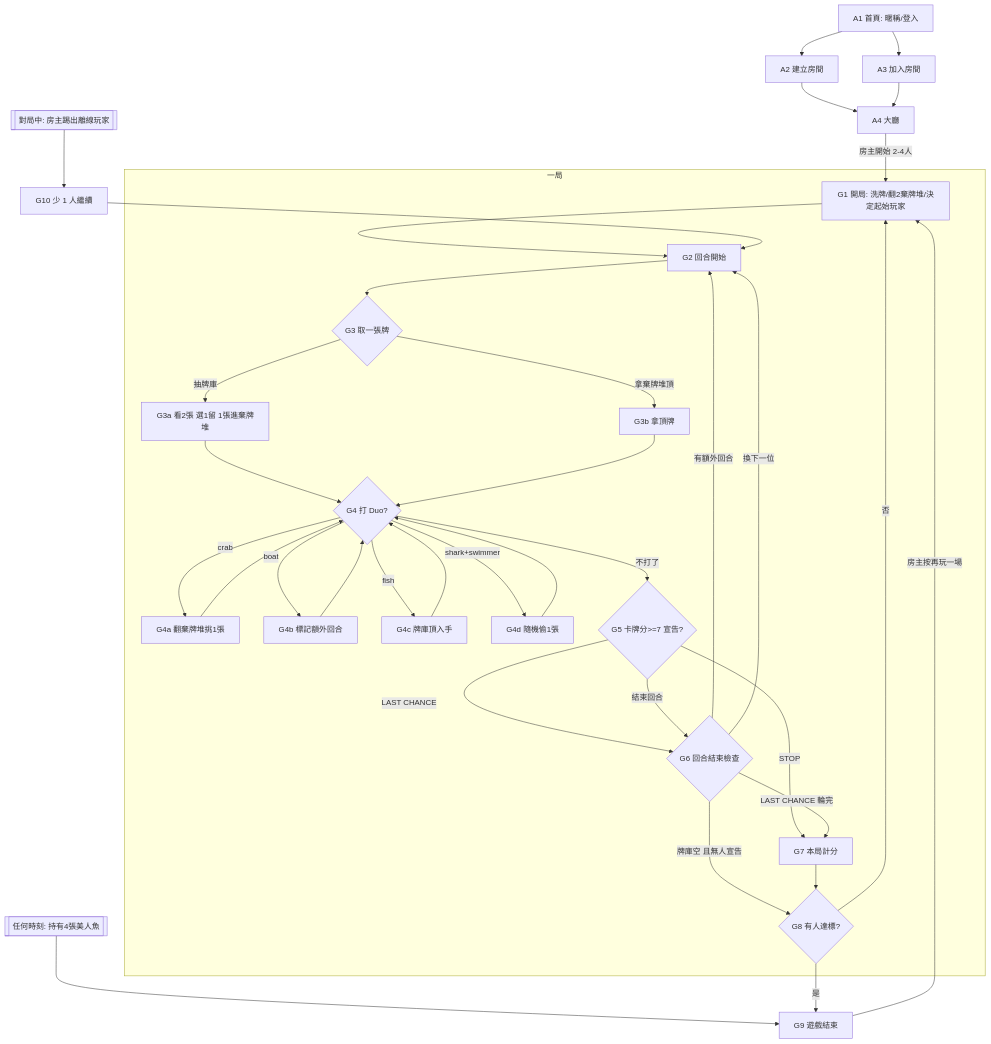
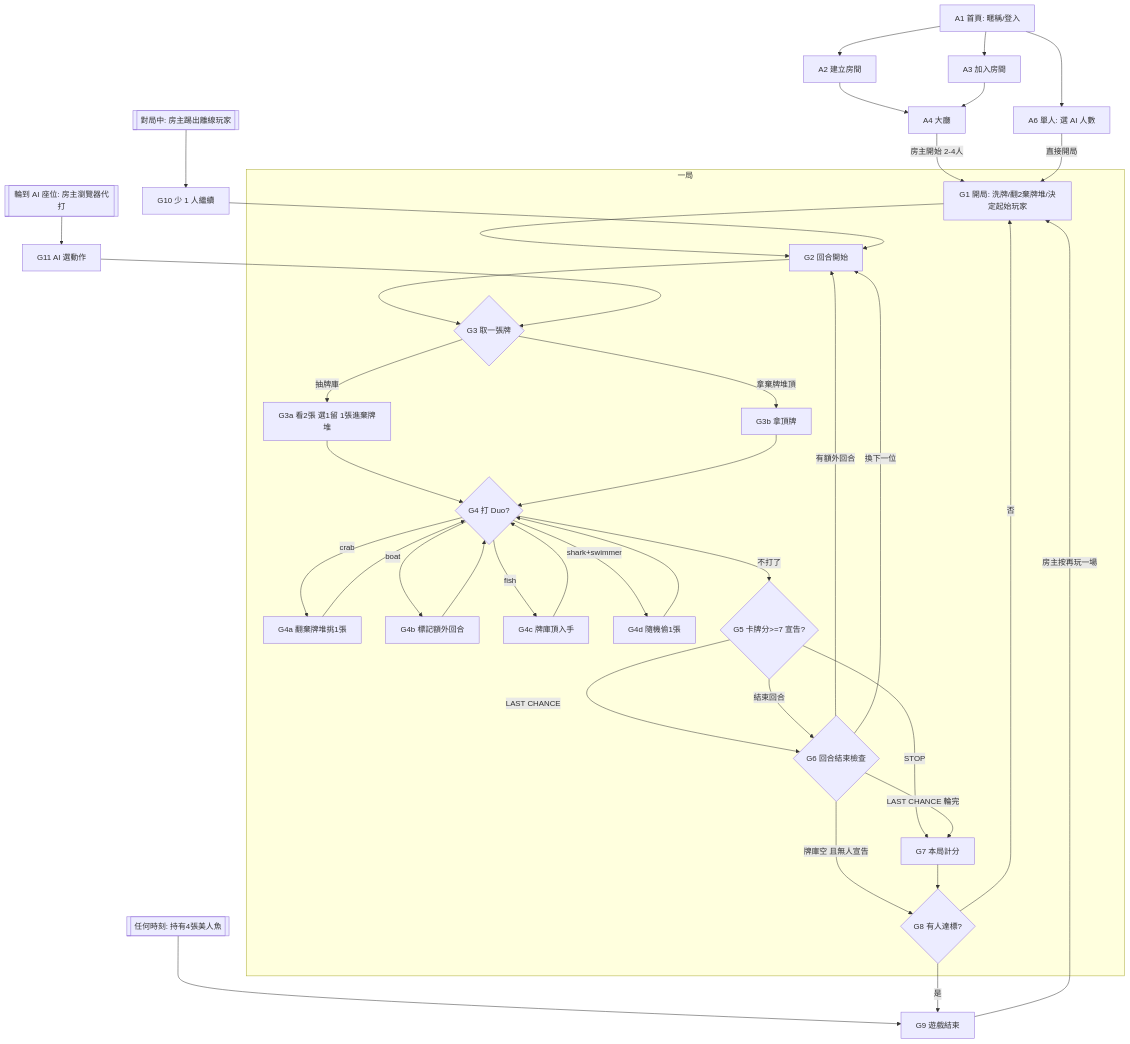
The diagram in docs/spec/01-flow.md (yanchen184/sea-salt-paper), drawn with Mermaid before and after one commit. The commit also changed other lines of this file and 45 other files, not shown here.

First line of the commit message:
feat: WO6 AI 代打、動作動畫、公開流程圖

````diff
--- a/docs/spec/01-flow.md
+++ b/docs/spec/01-flow.md
@@ -17,42 +17,45 @@
 ```mermaid
 flowchart TD
   A1[A1 首頁: 暱稱/登入] --> A2[A2 建立房間]
   A1 --> A3[A3 加入房間]
   A2 --> A4[A4 大廳]
   A3 --> A4
   A4 -->|房主開始 2-4人| G1
+  A1 --> A6[A6 單人: 選 AI 人數]
+  A6 -->|直接開局| G1
 
   subgraph Round[一局]
     G1[G1 開局: 洗牌/翻2棄牌堆/決定起始玩家] --> G2[G2 回合開始]
     G2 --> G3{G3 取一張牌}
     G3 -->|抽牌庫| G3a[G3a 看2張 選1留 1張進棄牌堆]
     G3 -->|拿棄牌堆頂| G3b[G3b 拿頂牌]
     G3a --> G4
     G3b --> G4
     G4{G4 打 Duo?}
     G4 -->|crab| G4a[G4a 翻棄牌堆挑1張]
     G4 -->|boat| G4b[G4b 標記額外回合]
     G4 -->|fish| G4c[G4c 牌庫頂入手]
     G4 -->|shark+swimmer| G4d[G4d 隨機偷1張]
     G4a --> G4
     G4b --> G4
     G4c --> G4
     G4d --> G4
     G4 -->|不打了| G5{G5 卡牌分>=7 宣告?}
     G5 -->|STOP| G7
     G5 -->|LAST CHANCE| G6
     G5 -->|結束回合| G6
     G6{G6 回合結束檢查}
     G6 -->|牌庫空 且無人宣告| G8
     G6 -->|有額外回合| G2
     G6 -->|LAST CHANCE 輪完| G7
     G6 -->|換下一位| G2
   end
 
   M[[任何時刻: 持有4張美人魚]] --> G9
   G7[G7 本局計分] --> G8{G8 有人達標?}
   G8 -->|否| G1
   G8 -->|是| G9[G9 遊戲結束]
   G9 -->|房主按再玩一場| G1
   K[[對局中: 房主踢出離線玩家]] --> G10[G10 少 1 人繼續] --> G2
+  AI[[輪到 AI 座位: 房主瀏覽器代打]] --> G11[G11 AI 選動作] --> G3
 ```
````
